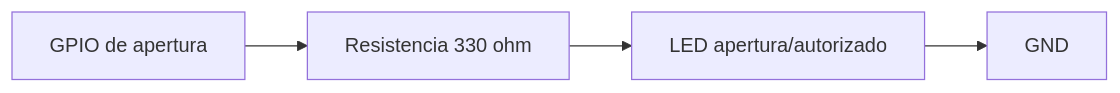
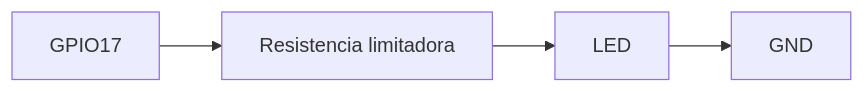
The sixth of 9 diagrams in docs/05_circuito_gpio.md (VeroC25/Project_1_Embebidos), drawn with Mermaid before and after one commit. The commit also changed other lines of this file, not shown here.

````diff
--- a/docs/05_circuito_gpio.md
+++ b/docs/05_circuito_gpio.md
@@ -13,6 +351,6 @@
 ```mermaid
 flowchart LR
-    GPIO["GPIO de apertura"] --> R["Resistencia 330 ohm"]
-    R --> LED["LED apertura/autorizado"]
+    GPIO["GPIO17"] --> R["Resistencia limitadora"]
+    R --> LED["LED"]
     LED --> GND["GND"]
 ```
````
